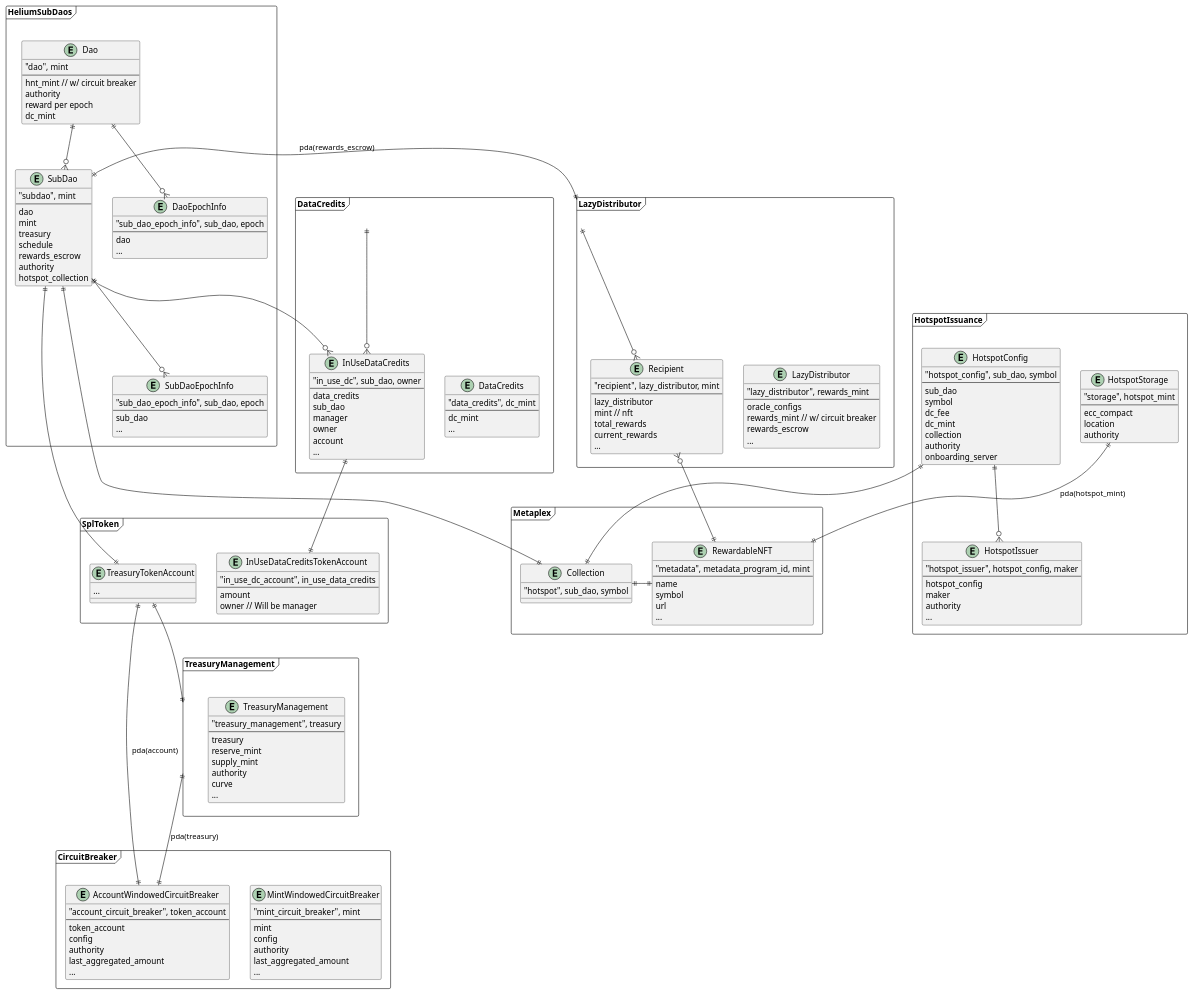
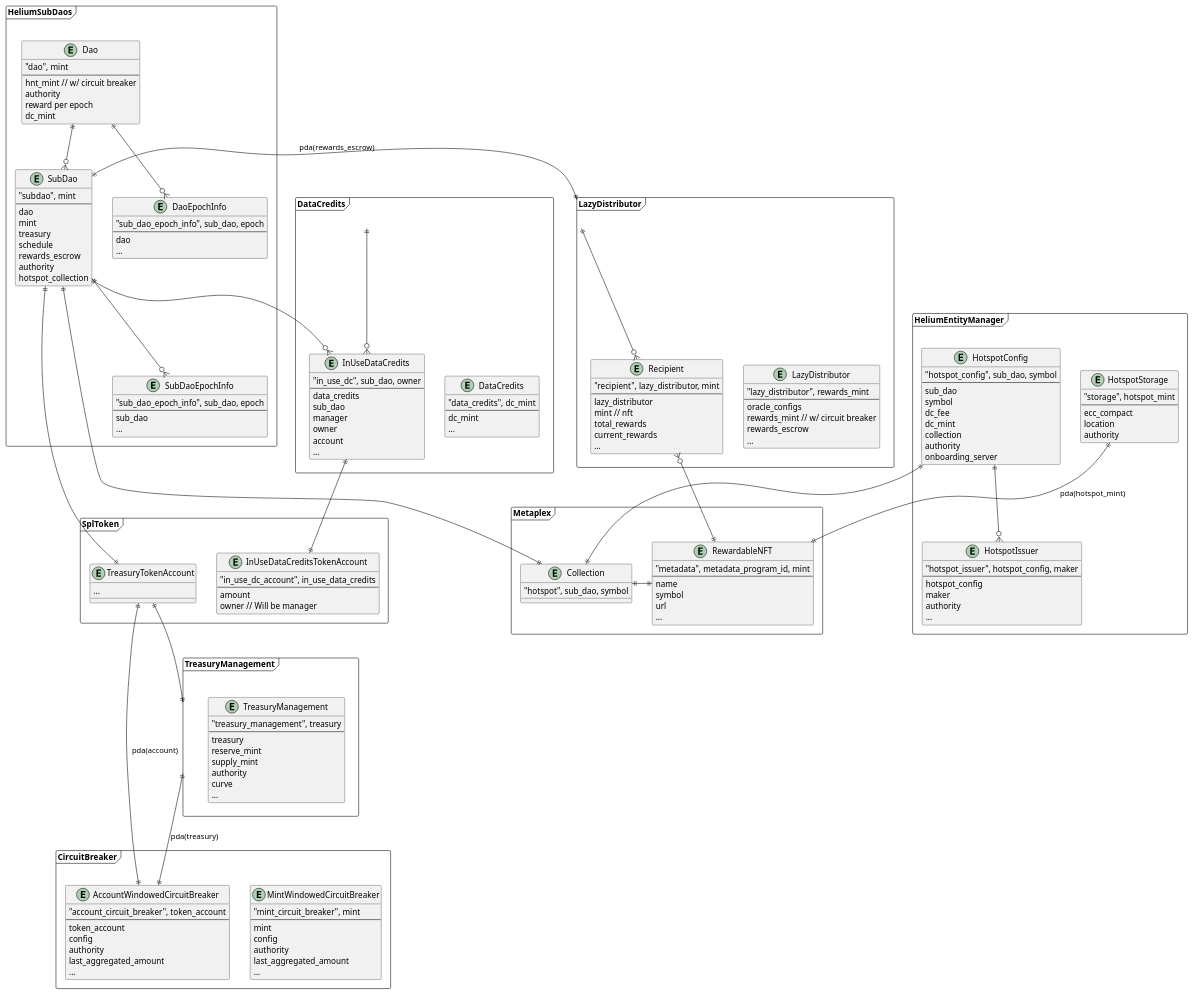
Before and after one commit to helium/helium-program-library: the diagram in diagrams/erd.puml, drawn with PlantUML. The commit also changed 44 other files, not shown here.

Commit message:
Rename to helium entity manager

```diff
--- a/diagrams/erd.puml
+++ b/diagrams/erd.puml
@@ -92,7 +92,7 @@
   }
 }
 
-frame HotspotIssuance {
+frame HeliumEntityManager {
   entity HotspotConfig {
     "hotspot_config", sub_dao, symbol
     --
```
